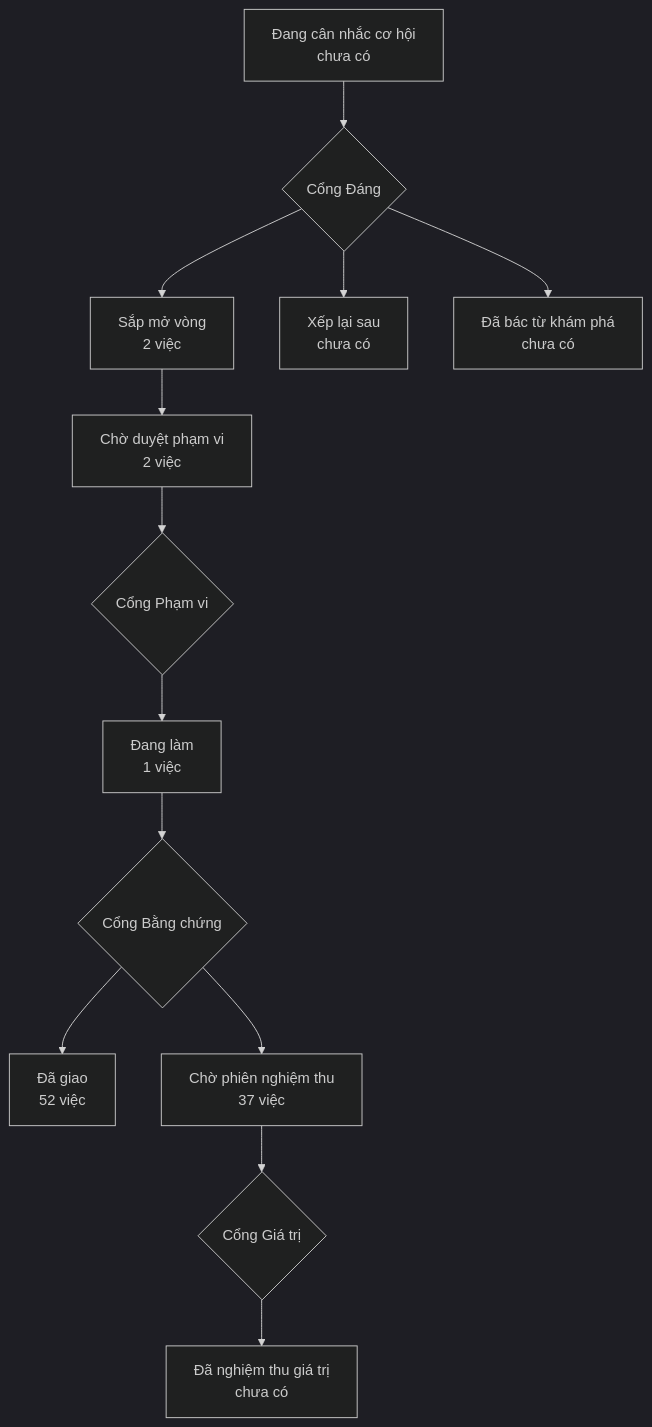
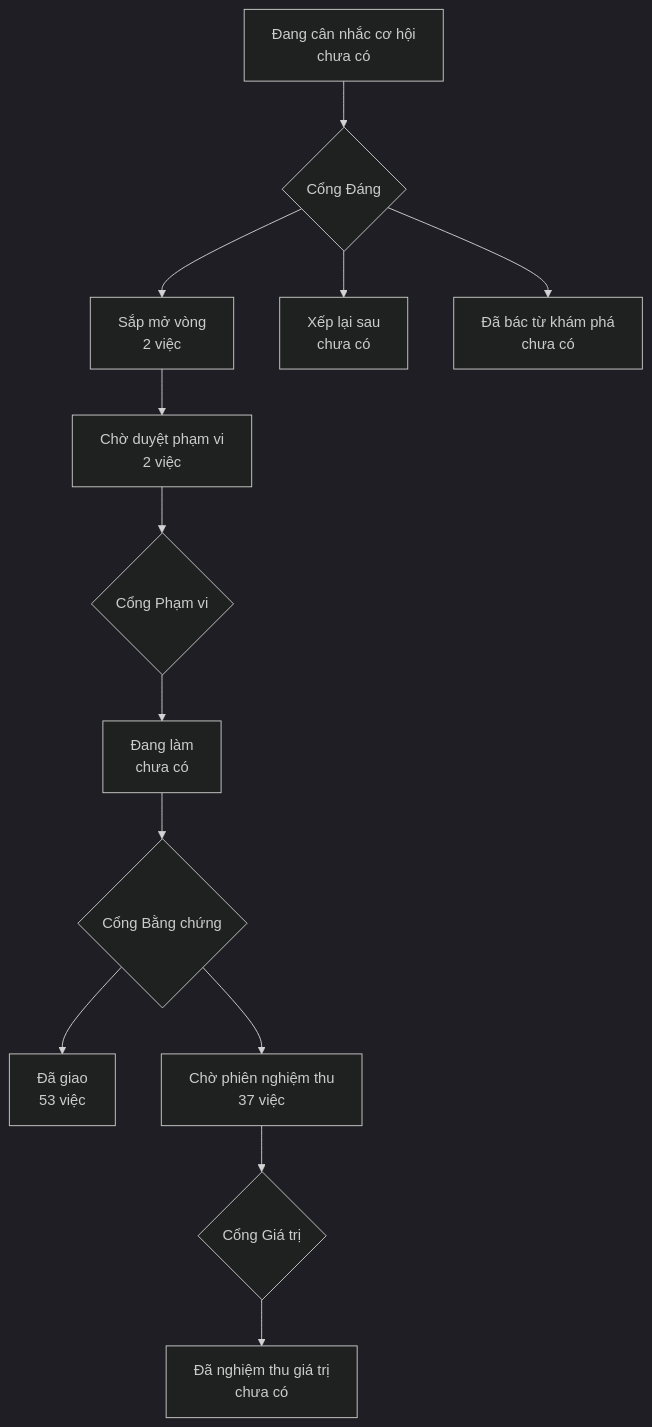
The diagram in PRODUCT-MAP.md (phanlemanh/onehub-invest), drawn with Mermaid (dark theme) before and after one commit. The commit also changed other lines of this file and 4 other files, not shown here.

````diff
--- a/PRODUCT-MAP.md
+++ b/PRODUCT-MAP.md
@@ -7,12 +7,12 @@
 ```mermaid
 flowchart TD
   A["Đang cân nhắc cơ hội<br/>chưa có"] --> GD{"Cổng Đáng"}
   GD --> B["Sắp mở vòng<br/>2 việc"]
   GD --> XL["Xếp lại sau<br/>chưa có"]
   GD --> DB["Đã bác từ khám phá<br/>chưa có"]
   B --> CD["Chờ duyệt phạm vi<br/>2 việc"] --> GP{"Cổng Phạm vi"}
-  GP --> DL["Đang làm<br/>1 việc"] --> GB{"Cổng Bằng chứng"}
-  GB --> DG["Đã giao<br/>52 việc"]
+  GP --> DL["Đang làm<br/>chưa có"] --> GB{"Cổng Bằng chứng"}
+  GB --> DG["Đã giao<br/>53 việc"]
   GB --> CN["Chờ phiên nghiệm thu<br/>37 việc"] --> GG{"Cổng Giá trị"}
   GG --> NT["Đã nghiệm thu giá trị<br/>chưa có"]
 ```
````
